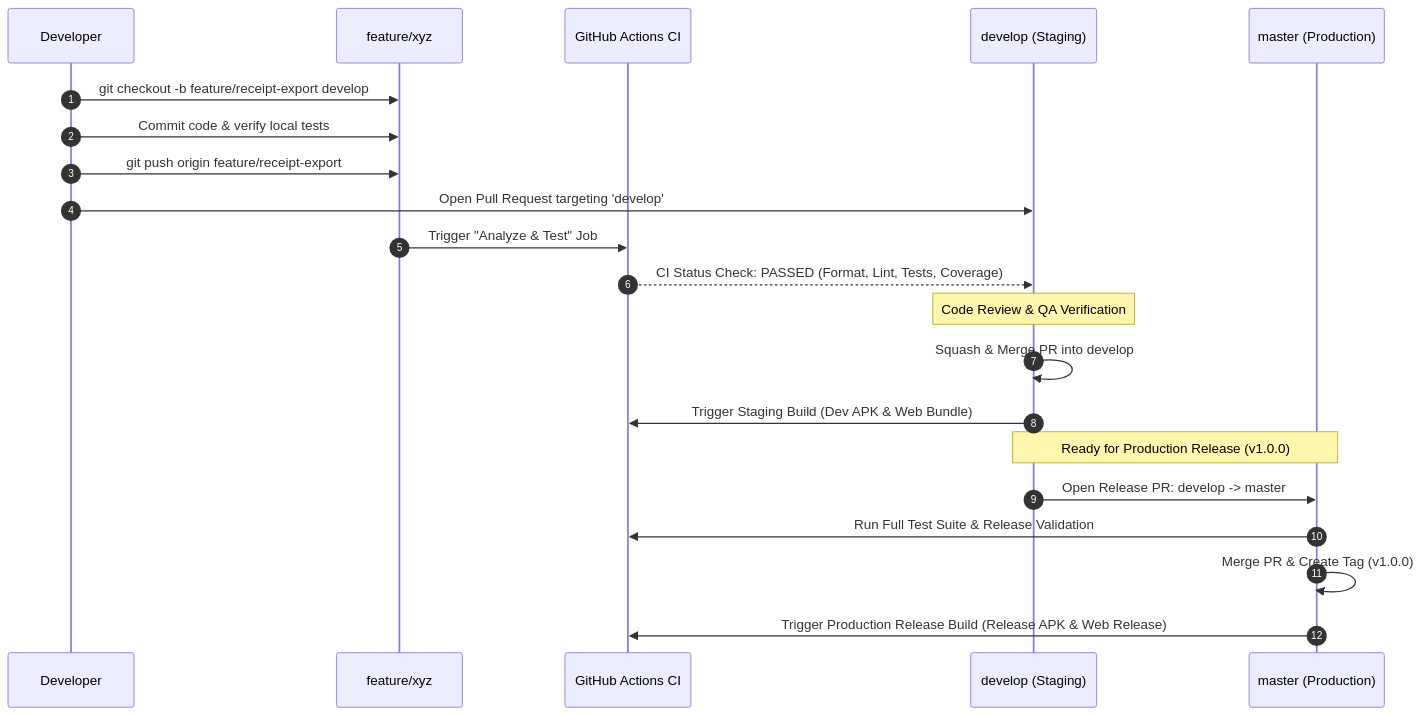
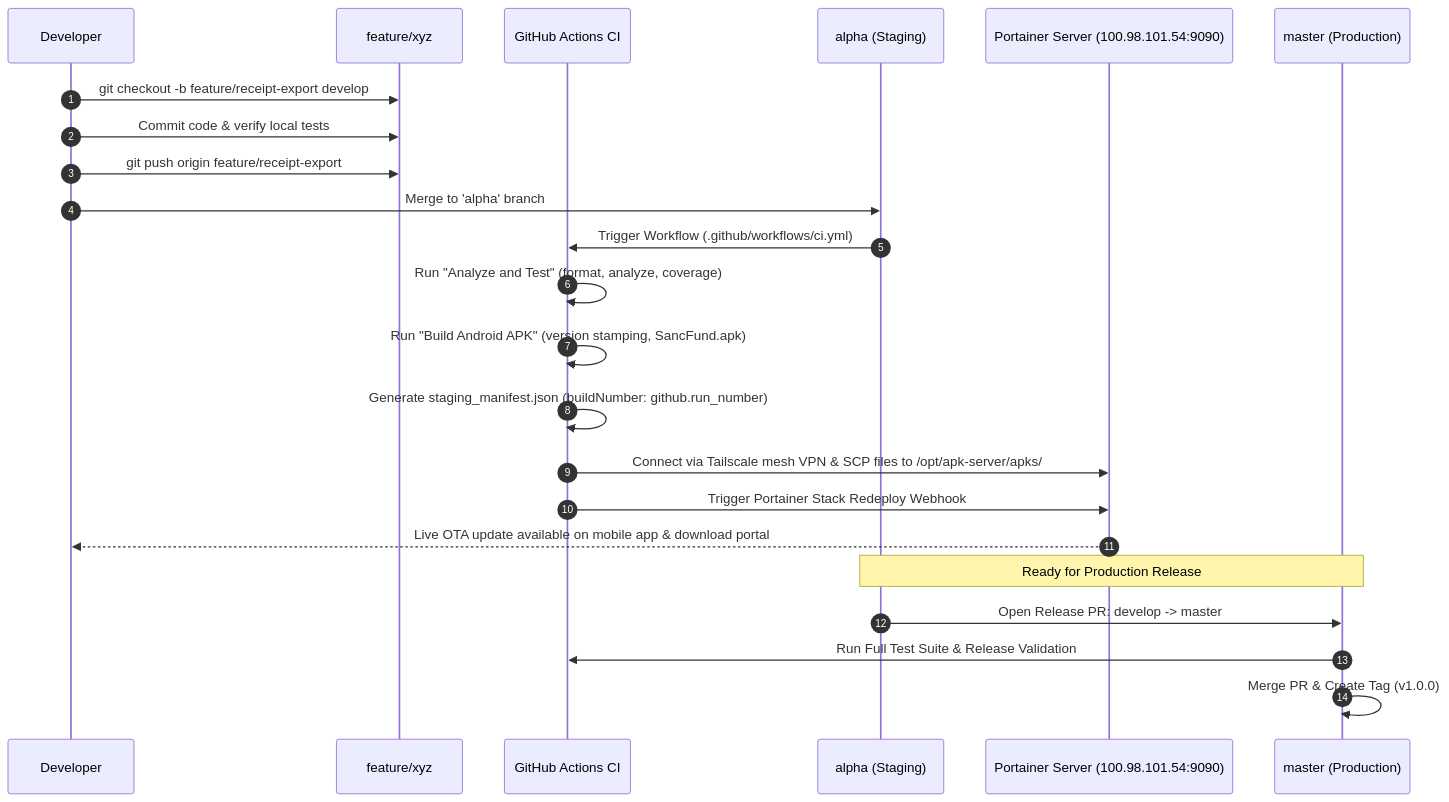
Before and after one commit to HaiqalHarona/Receipt-Logging-App: the diagram in docs/user_guides/BRANCHING_AND_CICD.md, drawn with Mermaid. The commit also changed other lines of this file and 11 other files, not shown here.

````diff
--- a/docs/user_guides/BRANCHING_AND_CICD.md
+++ b/docs/user_guides/BRANCHING_AND_CICD.md
@@ -53,27 +56,28 @@
 ```mermaid
 sequenceDiagram
   autonumber
   participant Dev as Developer
   participant FeatureBranch as feature/xyz
   participant CI as GitHub Actions CI
-  participant Develop as develop (Staging)
+  participant Alpha as alpha (Staging)
+  participant Server as Portainer Server (100.98.101.54:9090)
   participant Master as master (Production)
 
   Dev->>FeatureBranch: git checkout -b feature/receipt-export develop
   Dev->>FeatureBranch: Commit code & verify local tests
   Dev->>FeatureBranch: git push origin feature/receipt-export
-  Dev->>Develop: Open Pull Request targeting 'develop'
+  Dev->>Alpha: Merge to 'alpha' branch
   
-  FeatureBranch->>CI: Trigger "Analyze & Test" Job
-  CI-->>Develop: CI Status Check: PASSED (Format, Lint, Tests, Coverage)
-  Note over Develop: Code Review & QA Verification
-  Develop->>Develop: Squash & Merge PR into develop
+  Alpha->>CI: Trigger Workflow (.github/workflows/ci.yml)
+  CI->>CI: Run "Analyze and Test" (format, analyze, coverage)
+  CI->>CI: Run "Build Android APK" (version stamping, SancFund.apk)
+  CI->>CI: Generate staging_manifest.json (buildNumber: github.run_number)
+  CI->>Server: Connect via Tailscale mesh VPN & SCP files to /opt/apk-server/apks/
+  CI->>Server: Trigger Portainer Stack Redeploy Webhook
+  Server-->>Dev: Live OTA update available on mobile app & download portal
   
-  Develop->>CI: Trigger Staging Build (Dev APK & Web Bundle)
-  
-  Note over Develop,Master: Ready for Production Release (v1.0.0)
-  Develop->>Master: Open Release PR: develop -> master
+  Note over Alpha,Master: Ready for Production Release
+  Alpha->>Master: Open Release PR: develop -> master
   Master->>CI: Run Full Test Suite & Release Validation
   Master->>Master: Merge PR & Create Tag (v1.0.0)
-  Master->>CI: Trigger Production Release Build (Release APK & Web Release)
 ```
````
